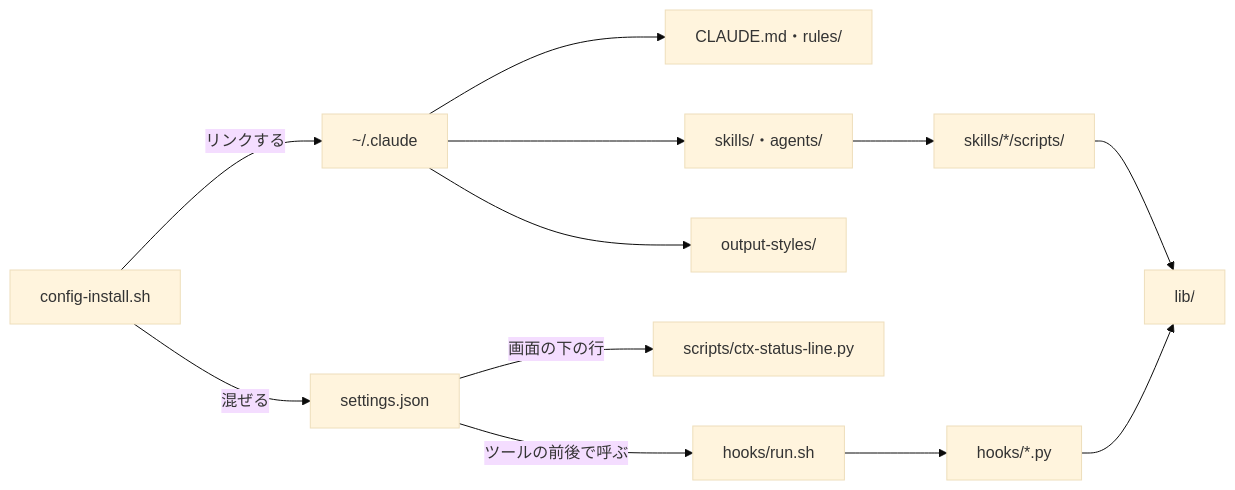
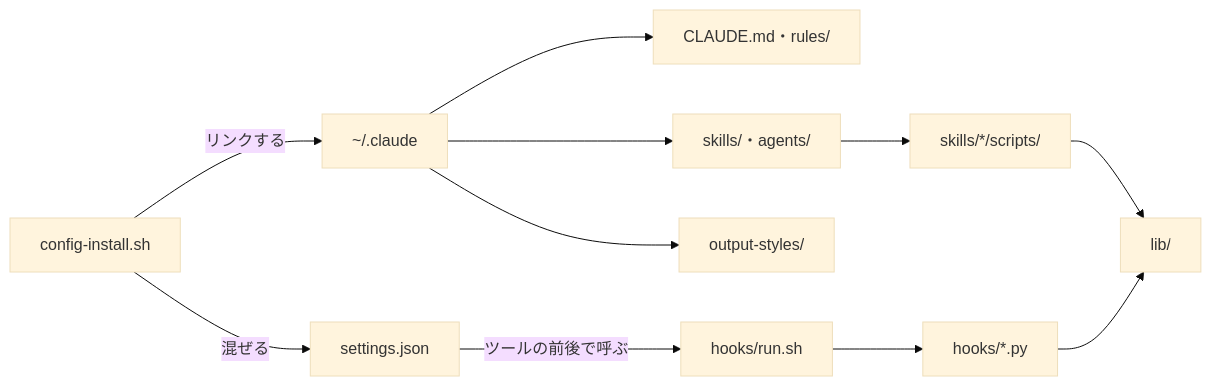
Before and after one commit to yossibank/claude-config: the first of 3 diagrams in README.md, drawn with Mermaid (base theme). The commit also changed other lines of this file and 8 other files, not shown here.

First line of the commit message:
refactor: drop the status line and keep only the report output style

````diff
--- a/README.md
+++ b/README.md
@@ -28,14 +28,13 @@
 ```mermaid
 flowchart LR
     install["config-install.sh"] -->|リンクする| home["~/.claude"]
     install -->|混ぜる| settings["settings.json"]
     home --> rules["CLAUDE.md・rules/"]
     home --> skills["skills/・agents/"]
     home --> styles["output-styles/"]
-    settings -->|画面の下の行| statusLine["scripts/ctx-status-line.py"]
     settings -->|ツールの前後で呼ぶ| run["hooks/run.sh"]
     run --> hooks["hooks/*.py"]
     skills --> scripts["skills/*/scripts/"]
     hooks --> lib["lib/"]
     scripts --> lib
 ```
````
